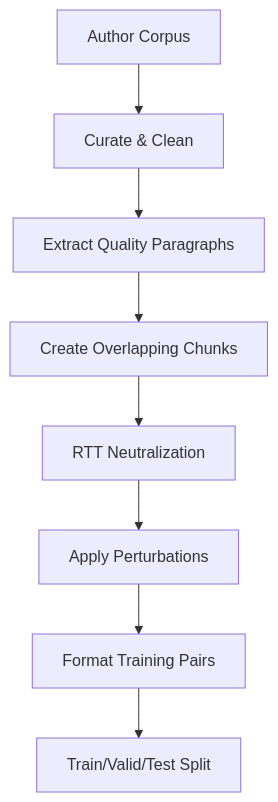
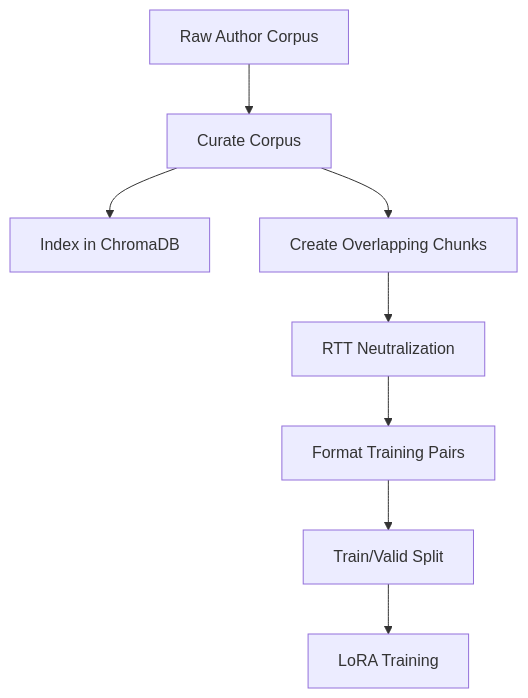
One commit to yogthos/revenant changed the second of 3 diagrams in docs/architecture.md. Above: the diagram before and after it, drawn with Mermaid. The commit also changed other lines of this file and 6 other files, not shown here.

````diff
--- a/docs/architecture.md
+++ b/docs/architecture.md
@@ -87,10 +112,10 @@
 ```mermaid
 flowchart TD
-    A[Author Corpus] --> B[Curate & Clean]
-    B --> C[Extract Quality Paragraphs]
-    C --> D[Create Overlapping Chunks]
+    A[Raw Author Corpus] --> B[Curate Corpus]
+    B --> C[Index in ChromaDB]
+    B --> D[Create Overlapping Chunks]
     D --> E[RTT Neutralization]
-    E --> F[Apply Perturbations]
-    F --> G[Format Training Pairs]
-    G --> H[Train/Valid/Test Split]
+    E --> F[Format Training Pairs]
+    F --> G[Train/Valid Split]
+    G --> H[LoRA Training]
 ```
````
